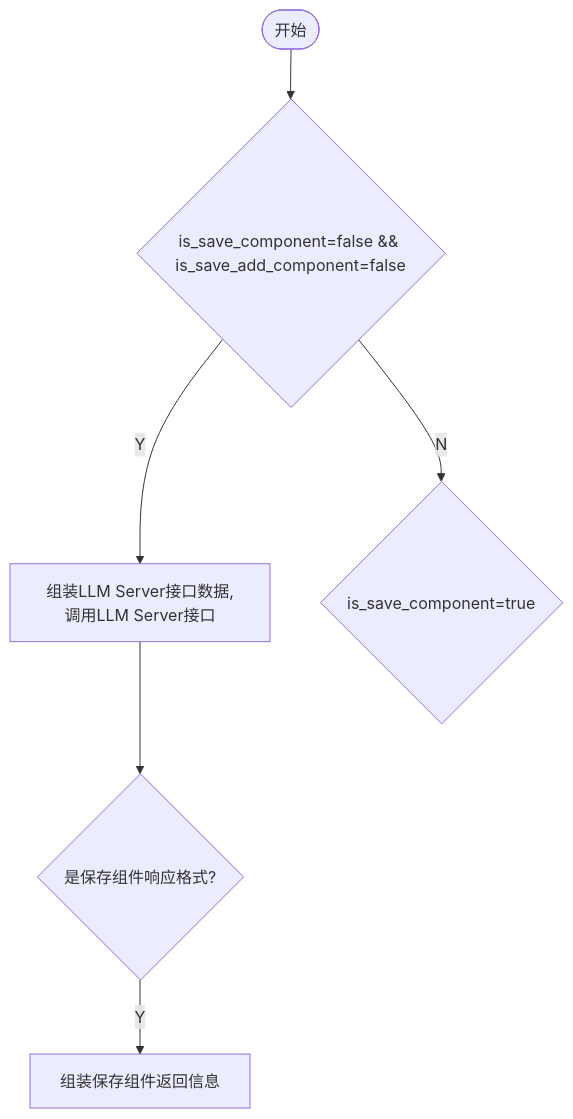
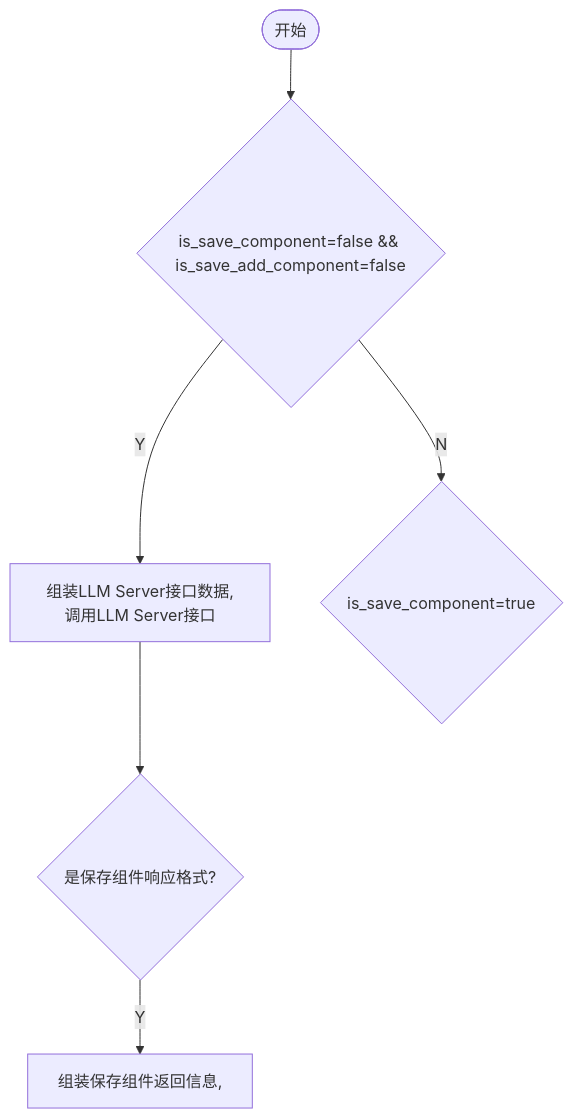
Before and after one commit to yingjianzh/iodraw-files: the diagram in all/未命名-7.md, drawn with Mermaid.

Commit message:
2024-10-12 13:56:30 update

````diff
--- a/all/未命名-7.md
+++ b/all/未命名-7.md
@@ -1,10 +1,10 @@
 ```mermaid
 flowchart TD
     A([开始]) --> B{is_save_component=false && is_save_add_component=false}
     B -- Y --> C[组装LLM Server接口数据,调用LLM Server接口]
     B -- N --> D{is_save_component=true}
     C --> E{是保存组件响应格式?}
-    E -- Y --> F[组装保存组件返回信息]
+    E -- Y --> F[组装保存组件返回信息,]
     
 
 ```
````
